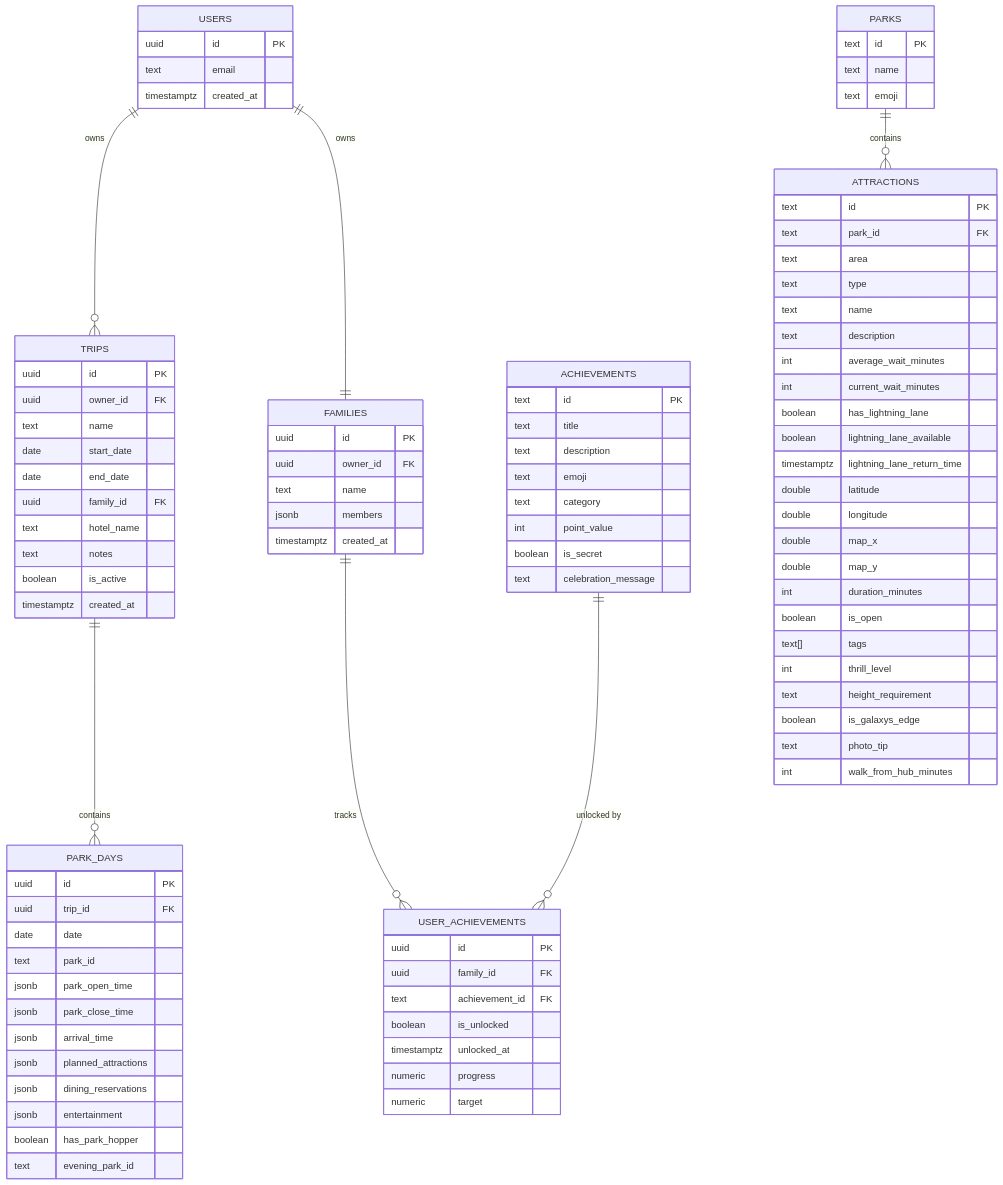
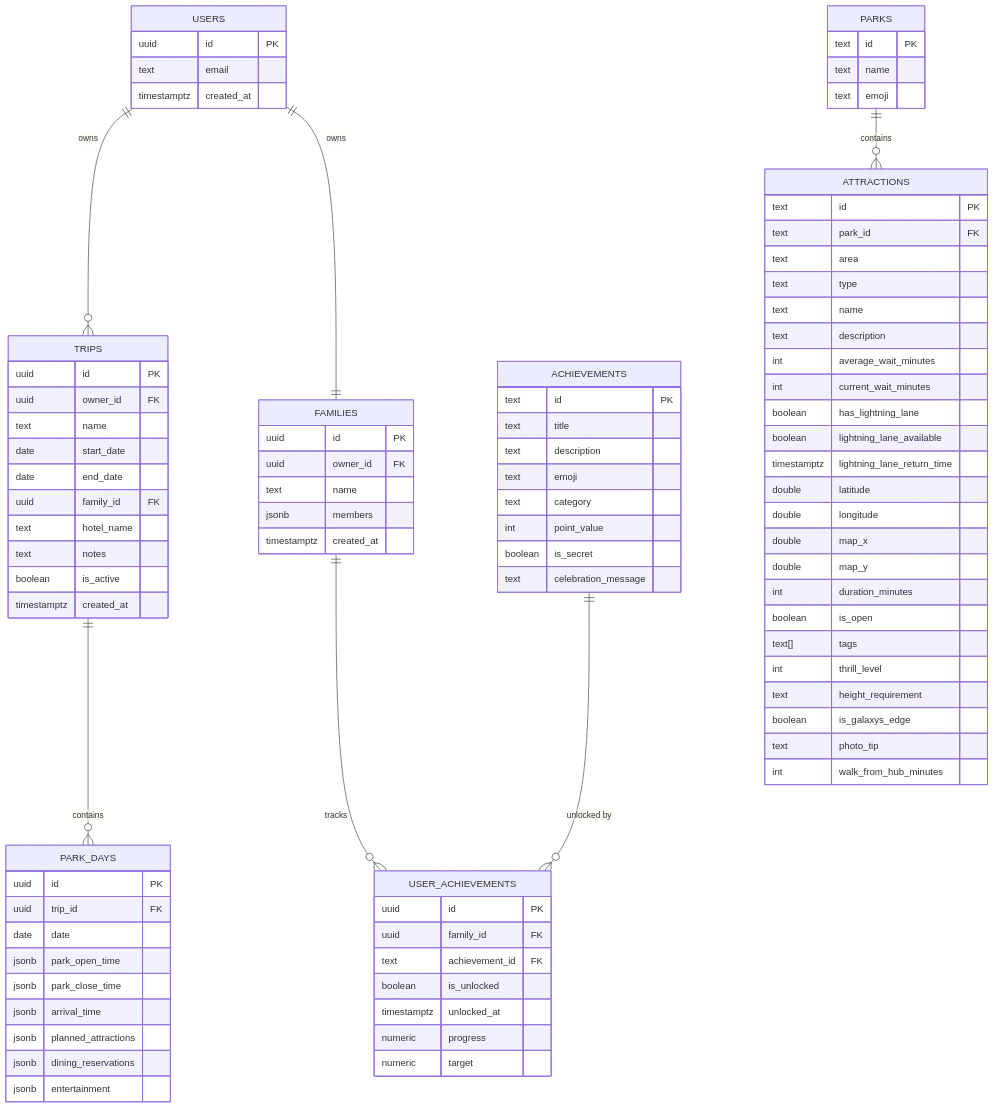
One commit to ScottJamesSDF/disney-command-pwa changed the diagram in docs/DATA_MODEL.md. Above: the diagram before and after it, drawn with Mermaid. The commit also changed other lines of this file and 16 other files, not shown here.

```diff
--- a/docs/DATA_MODEL.md
+++ b/docs/DATA_MODEL.md
@@ -41,15 +41,12 @@
         uuid id PK
         uuid trip_id FK
         date date
-        text park_id
         jsonb park_open_time
         jsonb park_close_time
         jsonb arrival_time
         jsonb planned_attractions
         jsonb dining_reservations
         jsonb entertainment
-        boolean has_park_hopper
-        text evening_park_id
     }
     FAMILIES {
         uuid id PK
```
